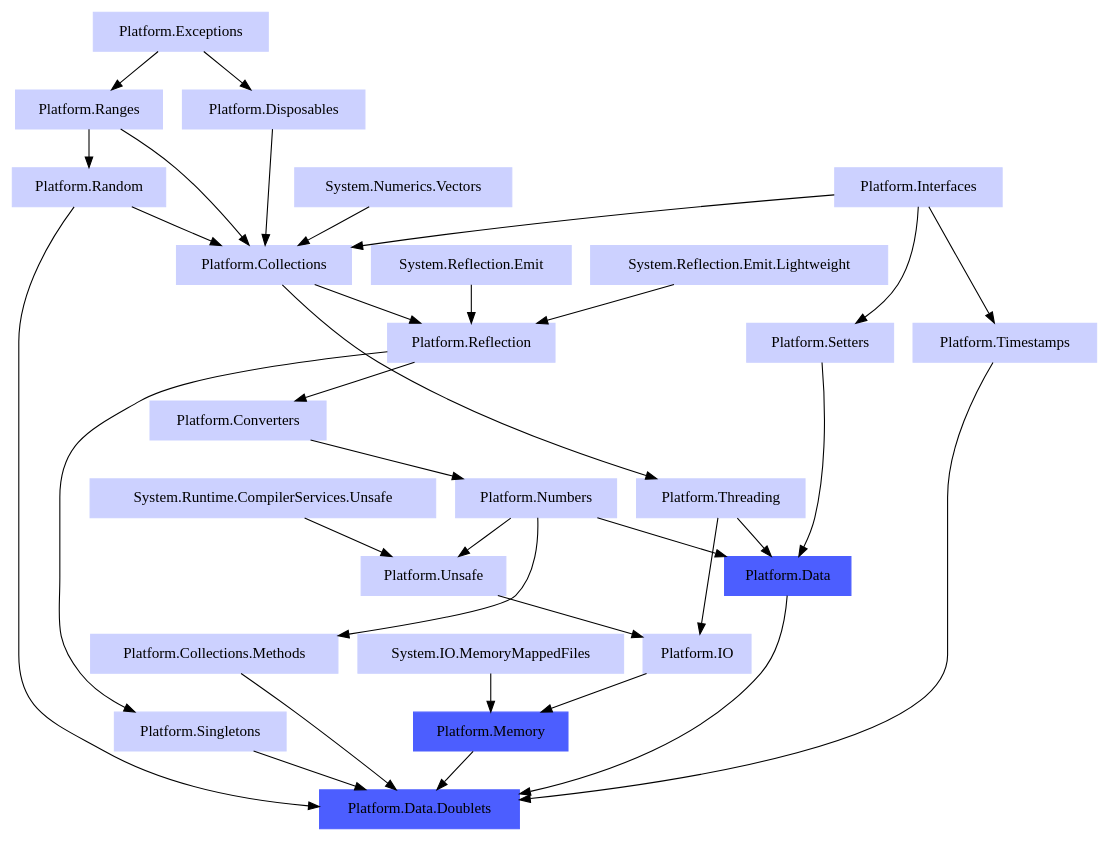
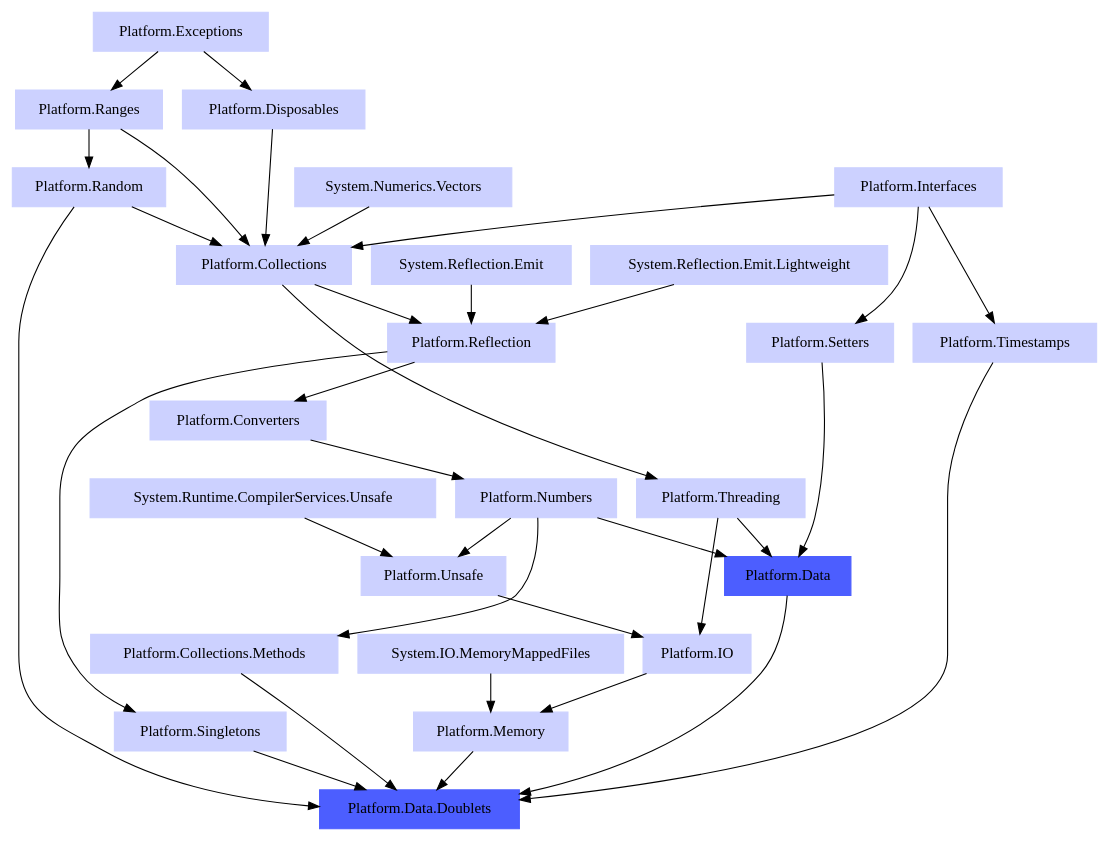
One commit to linksplatform/Documentation changed the diagram in doc/Dependencies/Platform.Data.Doublets.dot. Above: the diagram before and after it, drawn with Graphviz. The commit also changed 3 other files, not shown here.

Commit message:
Platform.Memory is complimentary library, not specific to Doublets.

```diff
--- a/doc/Dependencies/Platform.Data.Doublets.dot
+++ b/doc/Dependencies/Platform.Data.Doublets.dot
@@ -1,78 +1,78 @@
 digraph PlatformDataDoubletsDependencies {
   node [style=filled, color="0.650 0.200 1.000", shape="rectangle"]
   
   "Platform.Exceptions" -> "Platform.Disposables"
   
   "System.Numerics.Vectors" -> "Platform.Collections"
   "Platform.Interfaces" -> "Platform.Collections"
   "Platform.Disposables" -> "Platform.Collections"
   "Platform.Ranges" -> "Platform.Collections"
   "Platform.Random" -> "Platform.Collections"
   
   "System.Runtime.CompilerServices.Unsafe" -> "Platform.Unsafe"
   "Platform.Numbers" -> "Platform.Unsafe"
   
   "Platform.Reflection" -> "Platform.Converters"
   
   "Platform.Exceptions" -> "Platform.Ranges"
   
   "System.Reflection.Emit" -> "Platform.Reflection"
   "System.Reflection.Emit.Lightweight" -> "Platform.Reflection"
   "Platform.Collections" -> "Platform.Reflection"
   
   "Platform.Threading" -> "Platform.IO"
   "Platform.Unsafe" -> "Platform.IO"
   
   "Platform.Collections" -> "Platform.Threading"
   
   "Platform.Converters" -> "Platform.Numbers"
   
   "Platform.Numbers" -> "Platform.Collections.Methods"
   
   "Platform.Ranges" -> "Platform.Random"
   
   "Platform.Interfaces" -> "Platform.Timestamps"
   
   "Platform.Interfaces" -> "Platform.Setters"
   
   "Platform.Reflection" -> "Platform.Singletons"
   
   "System.IO.MemoryMappedFiles" -> "Platform.Memory"
   "Platform.IO" -> "Platform.Memory"
   
   "Platform.Threading" -> "Platform.Data"
   "Platform.Numbers" -> "Platform.Data"
   "Platform.Setters" -> "Platform.Data"
   
   "Platform.Random" -> "Platform.Data.Doublets"
   "Platform.Timestamps" -> "Platform.Data.Doublets"
   "Platform.Collections.Methods" -> "Platform.Data.Doublets"
   "Platform.Singletons" -> "Platform.Data.Doublets"
   "Platform.Memory" -> "Platform.Data.Doublets"
   "Platform.Data" -> "Platform.Data.Doublets"
   
   "System.Numerics.Vectors" [href="https://www.nuget.org/packages/System.Numerics.Vectors"]
   "Platform.Exceptions" [href="https://github.com/linksplatform/Exceptions"]
   "Platform.Disposables" [href="https://github.com/linksplatform/Disposables"]
   "System.Runtime.CompilerServices.Unsafe" [href="https://www.nuget.org/packages/System.Runtime.CompilerServices.Unsafe"]
   "System.Reflection.Emit" [href="https://www.nuget.org/packages/System.Reflection.Emit"]
   "System.Reflection.Emit.Lightweight" [href="https://www.nuget.org/packages/System.Reflection.Emit.Lightweight"]
   "Platform.Unsafe" [href="https://github.com/linksplatform/Unsafe"]
   "Platform.Collections" [href="https://github.com/linksplatform/Collections"]
   "Platform.Converters" [href="https://github.com/linksplatform/Converters"]
   "Platform.Ranges" [href="https://github.com/linksplatform/Ranges"]
   "Platform.Interfaces" [href="https://github.com/linksplatform/Interfaces"]
   "Platform.Reflection" [href="https://github.com/linksplatform/Reflection"]
   "System.IO.MemoryMappedFiles" [href="https://www.nuget.org/packages/System.IO.MemoryMappedFiles"]
   "Platform.IO" [href="https://github.com/linksplatform/IO"]
   "Platform.Threading" [href="https://github.com/linksplatform/Threading"]
   "Platform.Numbers" [href="https://github.com/linksplatform/Numbers"]
   "Platform.Setters" [href="https://github.com/linksplatform/Setters"]
   "Platform.Random" [href="https://github.com/linksplatform/Random"]
   "Platform.Timestamps" [href="https://github.com/linksplatform/Timestamps"]
   "Platform.Collections.Methods" [href="https://github.com/linksplatform/Collections.Methods"]
   "Platform.Singletons" [href="https://github.com/linksplatform/Singletons"]
-  "Platform.Memory" [color="0.650 0.700 1.000", href="https://github.com/linksplatform/Memory"]
+  "Platform.Memory" [href="https://github.com/linksplatform/Memory"]
   "Platform.Data" [color="0.650 0.700 1.000", href="https://github.com/linksplatform/Data"]
   "Platform.Data.Doublets" [color="0.650 0.700 1.000", style=filled, href="https://github.com/linksplatform/Data.Doublets"]
 }
```
